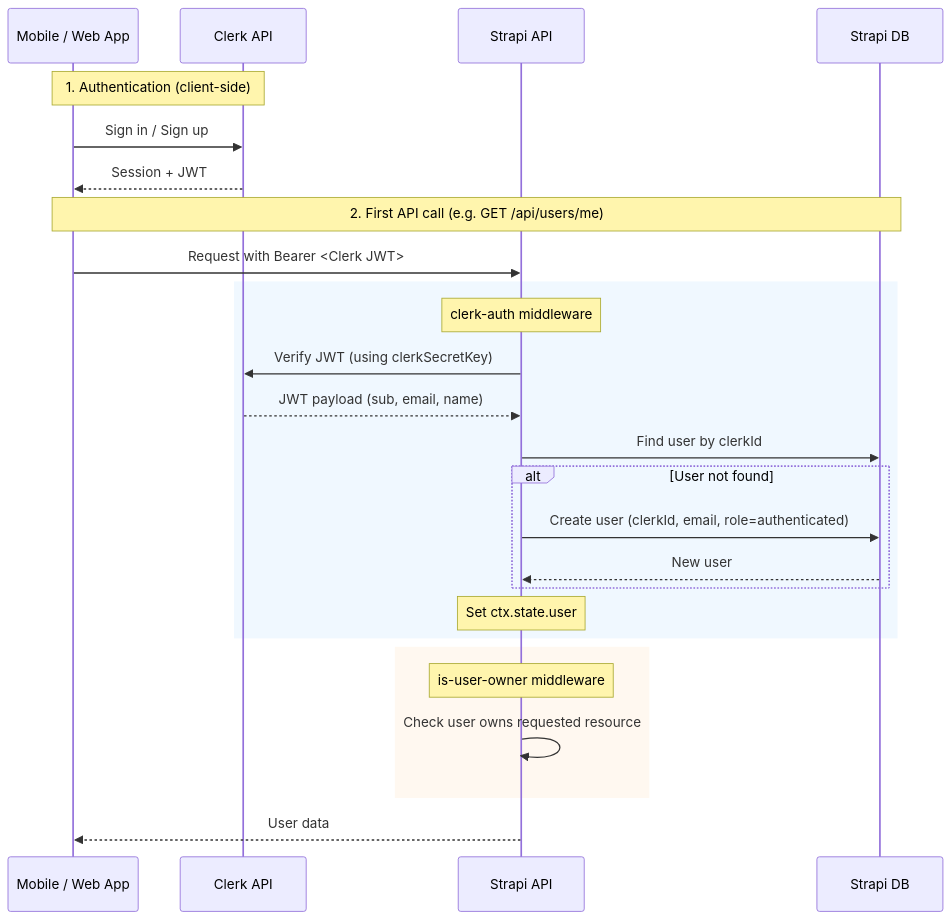
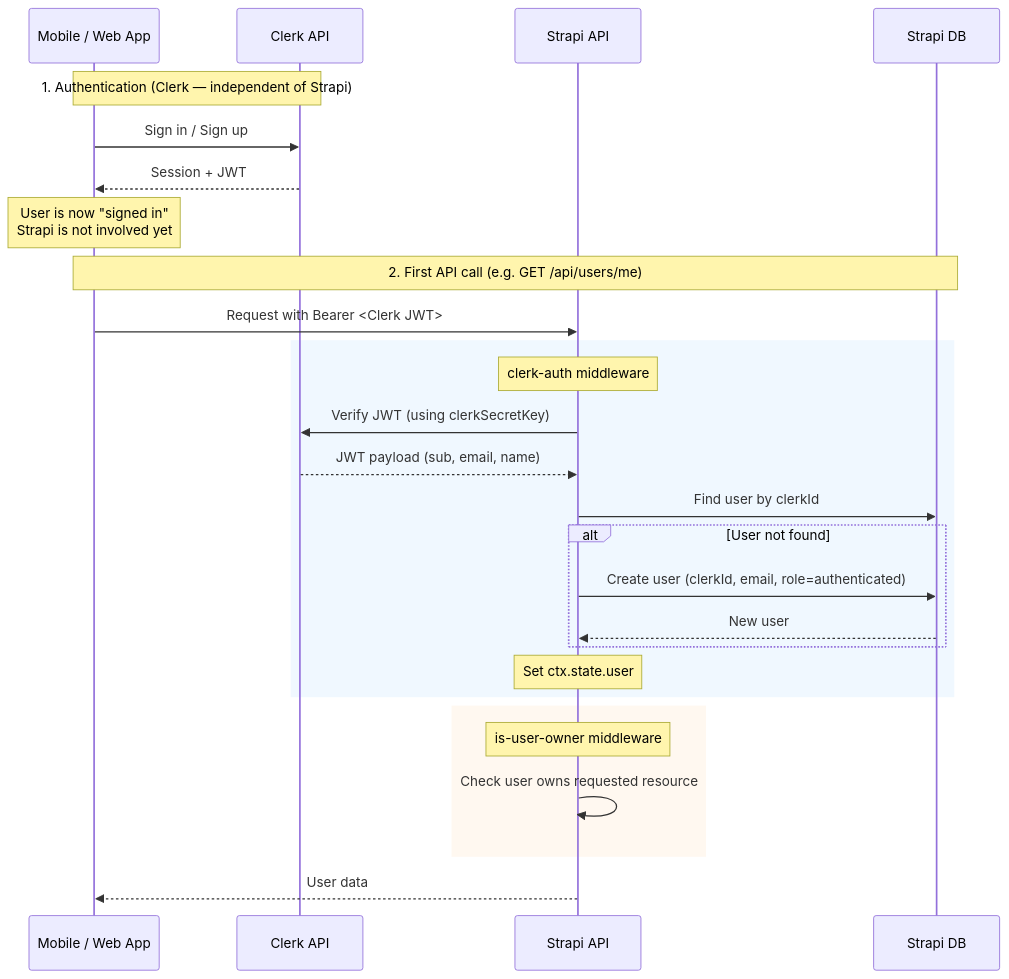
The first of 2 diagrams in README.md (PaulBratslavsky/strapi-plugin-clerk-auth), drawn with Mermaid before and after one commit. The commit also changed other lines of this file and 8 other files, not shown here.

````diff
--- a/README.md
+++ b/README.md
@@ -7,33 +18,34 @@
 ```mermaid
 sequenceDiagram
     participant App as Mobile / Web App
     participant Clerk as Clerk API
     participant Strapi as Strapi API
     participant DB as Strapi DB
 
-    Note over App,Clerk: 1. Authentication (client-side)
+    Note over App,Clerk: 1. Authentication (Clerk — independent of Strapi)
     App->>Clerk: Sign in / Sign up
     Clerk-->>App: Session + JWT
+    Note over App: User is now "signed in"<br/>Strapi is not involved yet
 
     Note over App,DB: 2. First API call (e.g. GET /api/users/me)
     App->>Strapi: Request with Bearer <Clerk JWT>
 
     rect rgb(240, 248, 255)
         Note over Strapi: clerk-auth middleware
         Strapi->>Clerk: Verify JWT (using clerkSecretKey)
         Clerk-->>Strapi: JWT payload (sub, email, name)
         Strapi->>DB: Find user by clerkId
         alt User not found
             Strapi->>DB: Create user (clerkId, email, role=authenticated)
             DB-->>Strapi: New user
         end
         Note over Strapi: Set ctx.state.user
     end
 
     rect rgb(255, 248, 240)
         Note over Strapi: is-user-owner middleware
         Strapi->>Strapi: Check user owns requested resource
     end
 
     Strapi-->>App: User data
 ```
````
